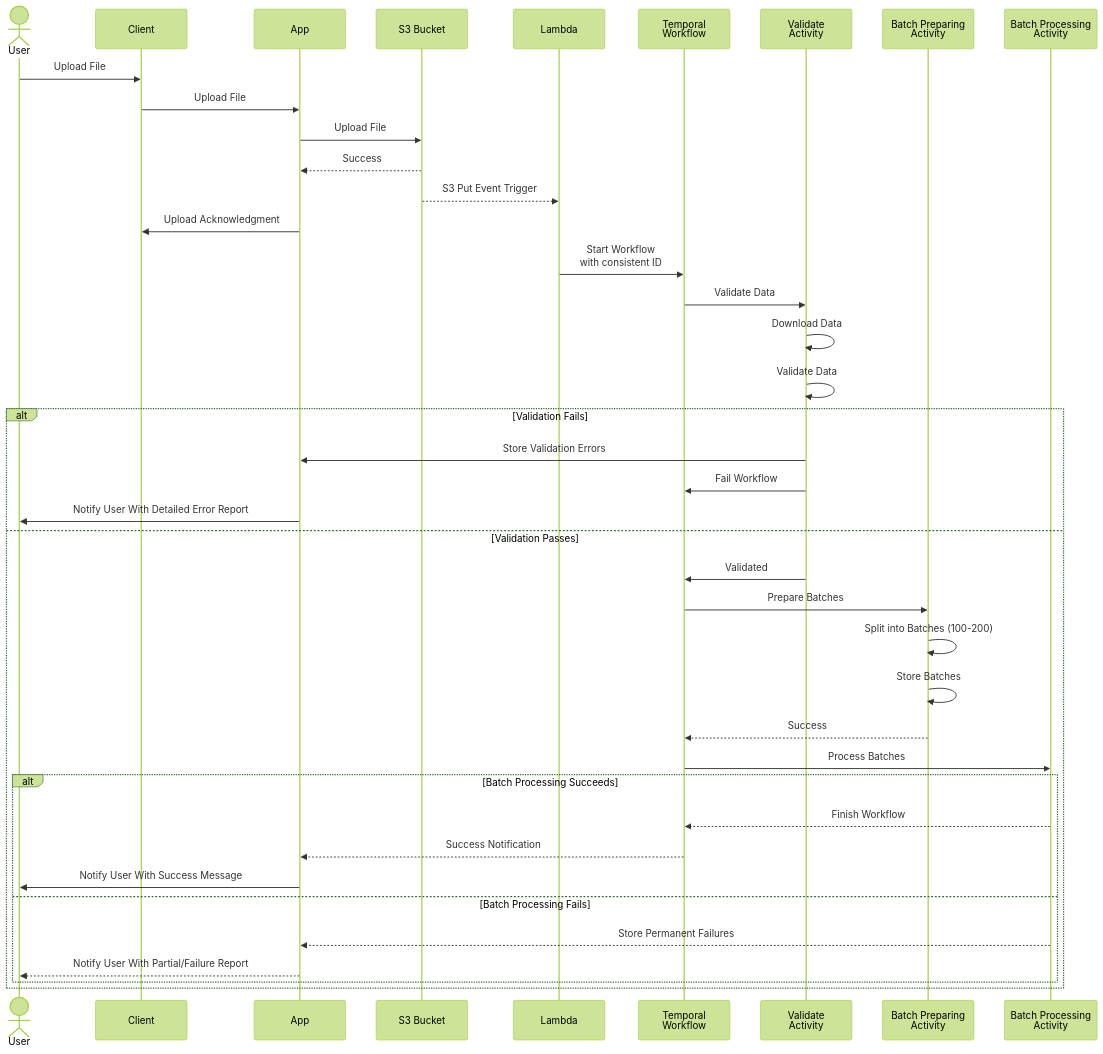
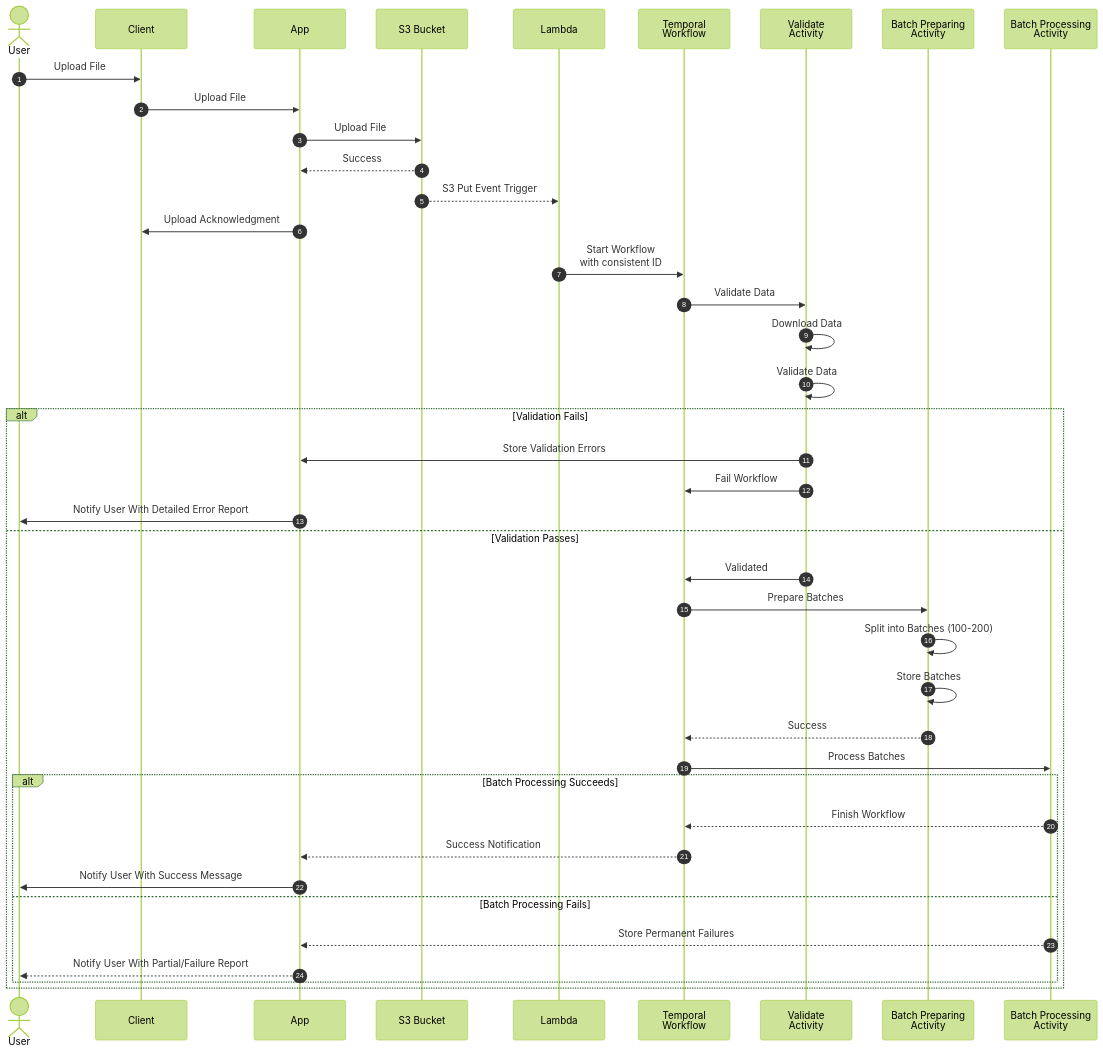
The diagram in bulkingestion.md (AmitThakkar/fastify-app), drawn with Mermaid (forest theme) before and after one commit.

Commit message:
🎉 First commit: Setting up the foundation

````diff
--- a/bulkingestion.md
+++ b/bulkingestion.md
@@ -32,44 +32,45 @@
 ```mermaid
 sequenceDiagram
+    autonumber
     actor U as User
     participant C as Client
     participant B as App
     participant S3 as S3 Bucket
     participant Lambda
     participant Temporal as Temporal<br/>Workflow
     participant Validate as Validate<br/>Activity
     participant BatchPre as Batch Preparing<br/>Activity
     participant BatchProc as Batch Processing<br/>Activity
 
     U->>C: Upload File
     C->>B: Upload File
     B->>S3: Upload File
     S3-->>B: Success
     S3-->>Lambda: S3 Put Event Trigger
     B->>C: Upload Acknowledgment
     Lambda->>Temporal: Start Workflow<br/>with consistent ID
     Temporal->>Validate: Validate Data
     Validate->>Validate: Download Data
     Validate->>Validate: Validate Data
     alt Validation Fails
         Validate->>B: Store Validation Errors
         Validate->>Temporal: Fail Workflow
         B->>U: Notify User With Detailed Error Report
     else Validation Passes
         Validate->>Temporal: Validated
         Temporal->>BatchPre: Prepare Batches
         BatchPre->>BatchPre: Split into Batches (100-200)
         BatchPre->>BatchPre: Store Batches
         BatchPre-->>Temporal: Success
 
         Temporal->>BatchProc: Process Batches
         alt Batch Processing Succeeds
             BatchProc-->>Temporal: Finish Workflow
             Temporal-->>B: Success Notification
             B->>U: Notify User With Success Message
         else Batch Processing Fails
             BatchProc-->>B: Store Permanent Failures
             B-->>U: Notify User With Partial/Failure Report
         end
     end
 ```
````
